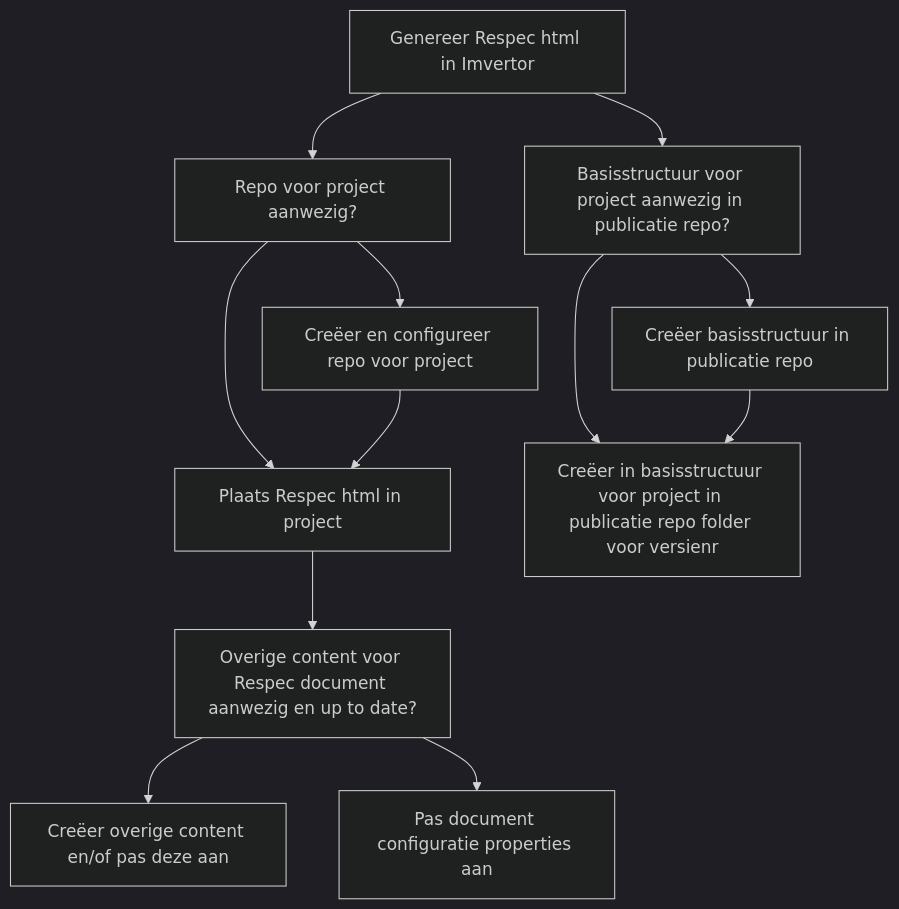
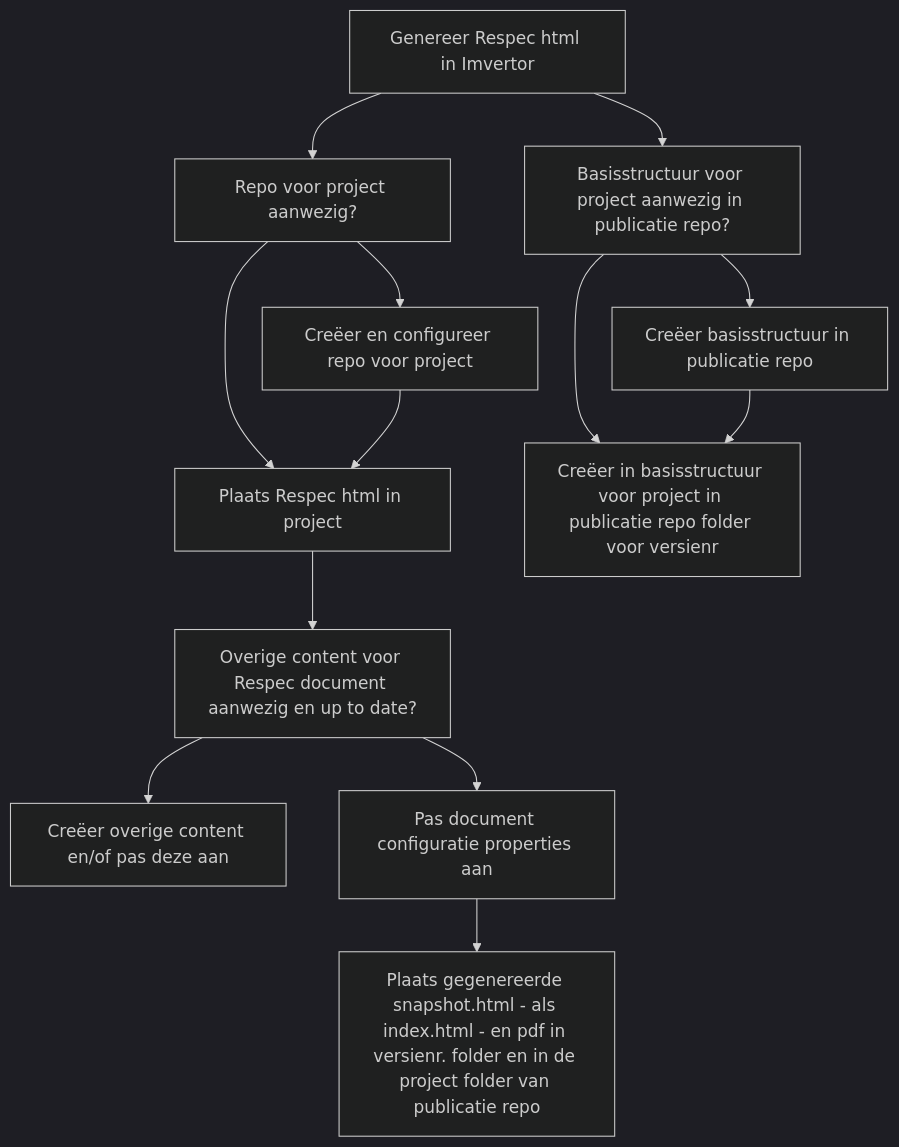
The diagram in mermaid.md (melsk-r/VNG-R-Respec-Template), drawn with Mermaid (dark theme) before and after one commit.

````diff
--- a/mermaid.md
+++ b/mermaid.md
@@ -6,14 +6,15 @@
 ```mermaid
 graph TD;
     A[Genereer Respec html in Imvertor]-->B[Repo voor project aanwezig?];
     B[Repo voor project aanwezig?]-->C[Creëer en configureer repo voor project];
     B[Repo voor project aanwezig?]-->D[Plaats Respec html in project];
     C[Creëer en configureer repo voor project]-->D[Plaats Respec html in project];
     D[Plaats Respec html in project]-->E[Overige content voor Respec document aanwezig en up to date?];
     E[Overige content voor Respec document aanwezig en up to date?]-->F[Creëer overige content en/of pas deze aan];
     E[Overige content voor Respec document aanwezig en up to date?]-->G[Pas document configuratie properties aan];
     A[Genereer Respec html in Imvertor]-->H[Basisstructuur voor project aanwezig in publicatie repo?];
     H[Basisstructuur voor project aanwezig in publicatie repo?]-->I[Creëer basisstructuur in publicatie repo];
     H[Basisstructuur voor project aanwezig in publicatie repo?]-->J[Creëer in basisstructuur voor project in publicatie repo folder voor versienr];
     I[Creëer basisstructuur in publicatie repo]-->J[Creëer in basisstructuur voor project in publicatie repo folder voor versienr];
+    G[Pas document configuratie properties aan]-->K[Plaats gegenereerde snapshot.html - als index.html - en pdf in versienr. folder en in de project folder van publicatie repo];
 ```
````
